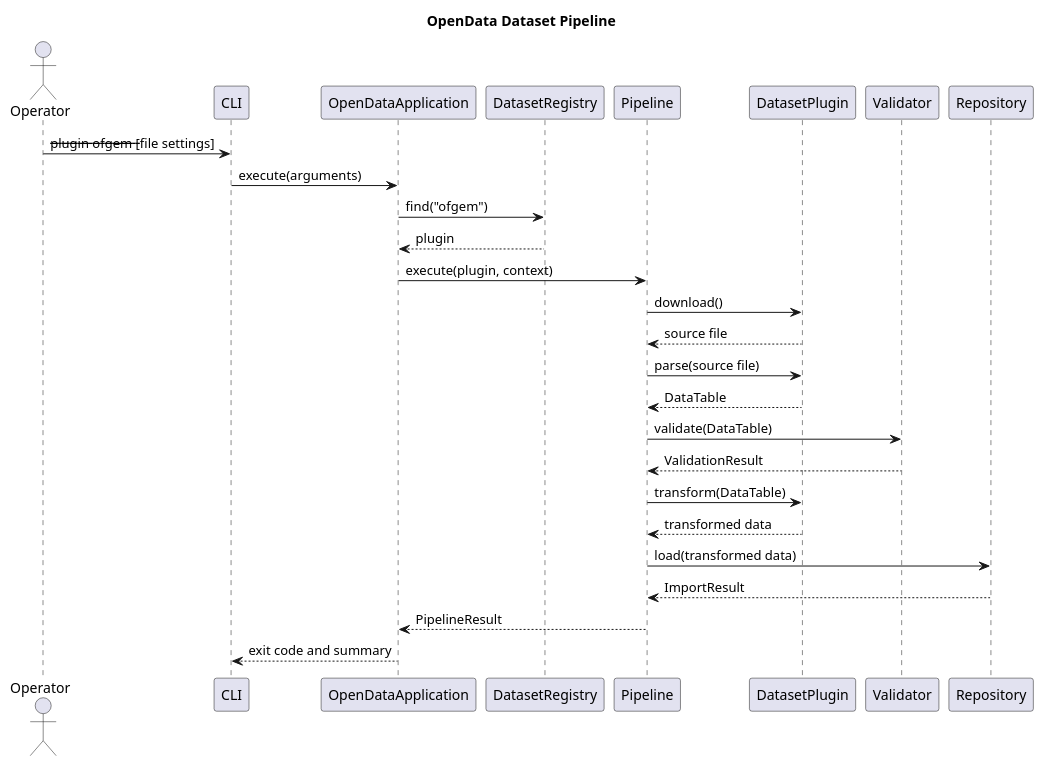
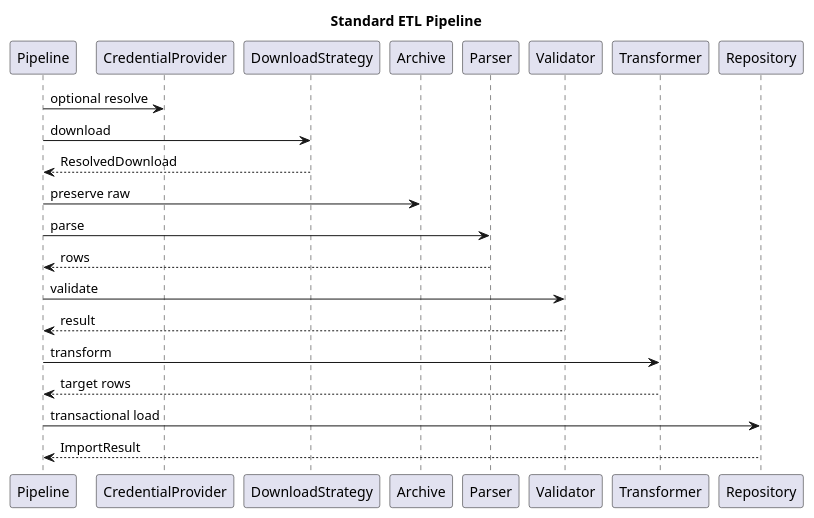
Before and after one commit to TerryCurranZellis/OpenData: the diagram in docs/diagrams/source/pipeline-sequence.puml, drawn with PlantUML. The commit also changed 21 other files, not shown here.

```diff
--- a/docs/diagrams/source/pipeline-sequence.puml
+++ b/docs/diagrams/source/pipeline-sequence.puml
@@ -1,33 +1,23 @@
 @startuml
-skinparam shadowing false
-skinparam defaultFontName Arial
-
-title OpenData Dataset Pipeline
-
-actor Operator
-participant CLI
-participant OpenDataApplication
-participant DatasetRegistry
+title Standard ETL Pipeline
 participant Pipeline
-participant DatasetPlugin
+participant CredentialProvider
+participant DownloadStrategy
+participant Archive
+participant Parser
 participant Validator
+participant Transformer
 participant Repository
-
-Operator -> CLI: --plugin ofgem [--file settings]
-CLI -> OpenDataApplication: execute(arguments)
-OpenDataApplication -> DatasetRegistry: find("ofgem")
-DatasetRegistry --> OpenDataApplication: plugin
-OpenDataApplication -> Pipeline: execute(plugin, context)
-Pipeline -> DatasetPlugin: download()
-DatasetPlugin --> Pipeline: source file
-Pipeline -> DatasetPlugin: parse(source file)
-DatasetPlugin --> Pipeline: DataTable
-Pipeline -> Validator: validate(DataTable)
-Validator --> Pipeline: ValidationResult
-Pipeline -> DatasetPlugin: transform(DataTable)
-DatasetPlugin --> Pipeline: transformed data
-Pipeline -> Repository: load(transformed data)
-Repository --> Pipeline: ImportResult
-Pipeline --> OpenDataApplication: PipelineResult
-OpenDataApplication --> CLI: exit code and summary
+Pipeline -> CredentialProvider : optional resolve
+Pipeline -> DownloadStrategy : download
+DownloadStrategy --> Pipeline : ResolvedDownload
+Pipeline -> Archive : preserve raw
+Pipeline -> Parser : parse
+Parser --> Pipeline : rows
+Pipeline -> Validator : validate
+Validator --> Pipeline : result
+Pipeline -> Transformer : transform
+Transformer --> Pipeline : target rows
+Pipeline -> Repository : transactional load
+Repository --> Pipeline : ImportResult
 @enduml
```
